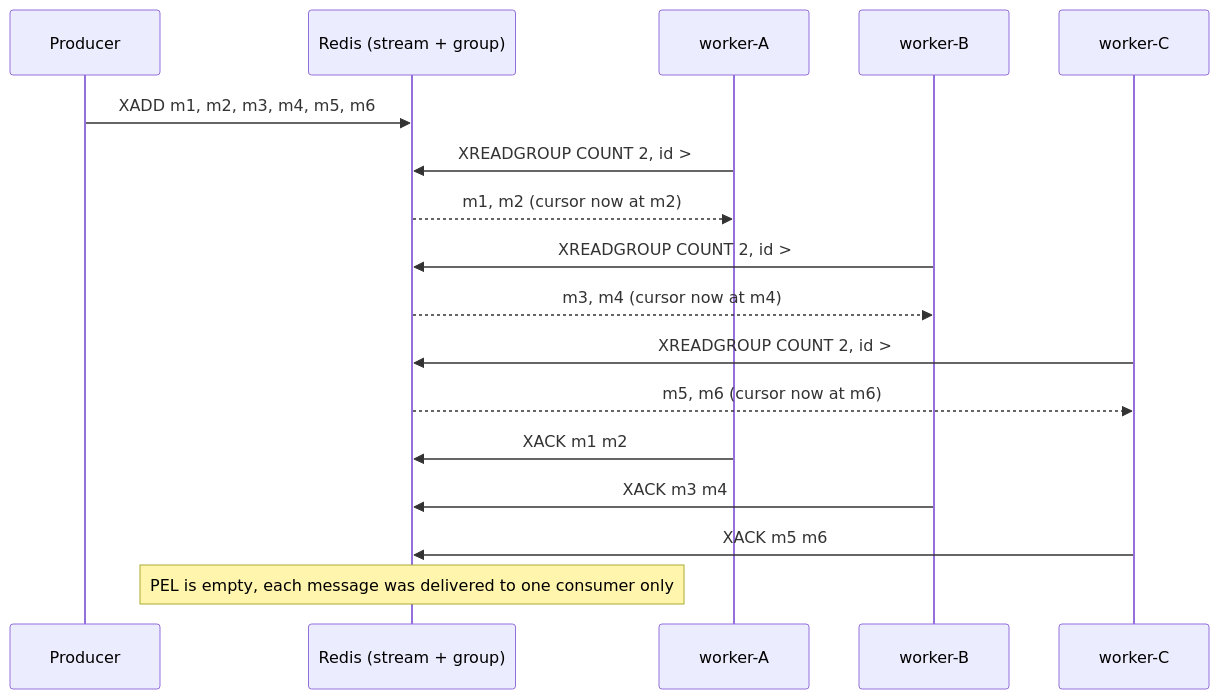
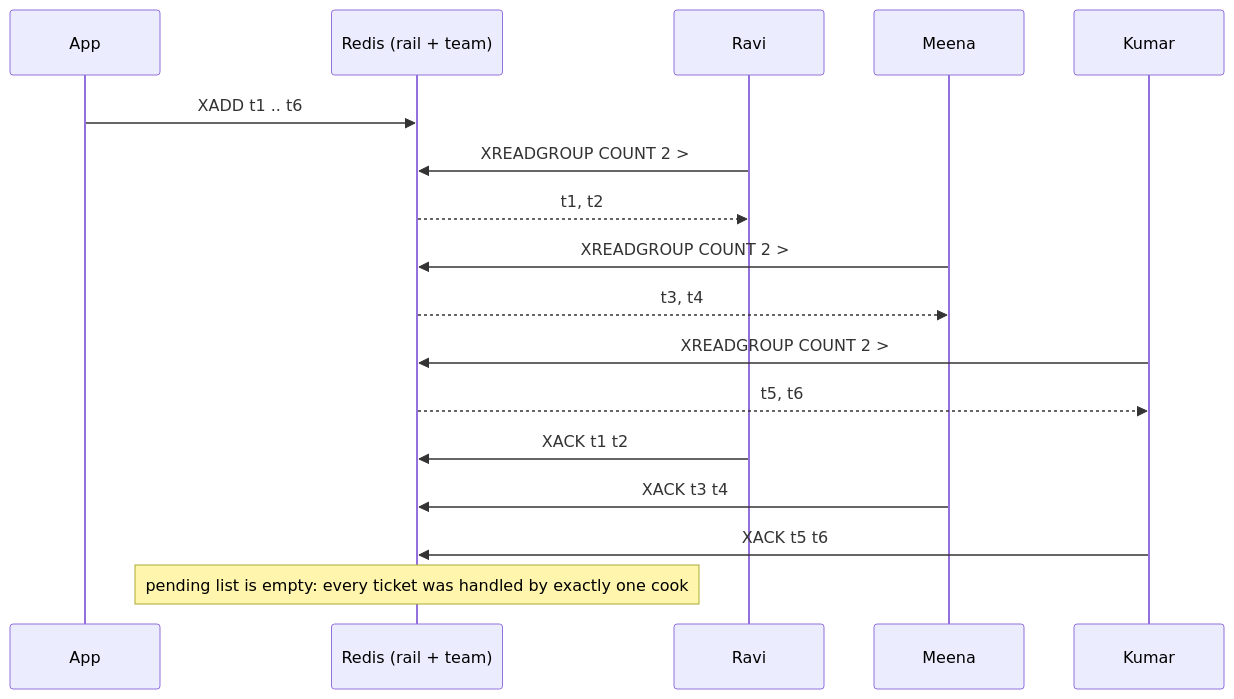
One commit to selvakumarperumal/Regulatory_Circular_Impact_Agent changed diagram 17 of 30 in redis.md. Above: the diagram before and after it, drawn with Mermaid. The commit also changed other lines of this file, not shown here.

````diff
--- a/redis.md
+++ b/redis.md
@@ -1135,19 +1691,19 @@
 ```mermaid
 sequenceDiagram
-    participant P as Producer
-    participant R as Redis (stream + group)
-    participant A as worker-A
-    participant B as worker-B
-    participant C as worker-C
-    P->>R: XADD m1, m2, m3, m4, m5, m6
-    A->>R: XREADGROUP COUNT 2, id >
-    R-->>A: m1, m2 (cursor now at m2)
-    B->>R: XREADGROUP COUNT 2, id >
-    R-->>B: m3, m4 (cursor now at m4)
-    C->>R: XREADGROUP COUNT 2, id >
-    R-->>C: m5, m6 (cursor now at m6)
-    A->>R: XACK m1 m2
-    B->>R: XACK m3 m4
-    C->>R: XACK m5 m6
-    Note over R: PEL is empty, each message was delivered to one consumer only
+    participant App
+    participant R as Redis (rail + team)
+    participant Ravi
+    participant Meena
+    participant Kumar
+    App->>R: XADD t1 .. t6
+    Ravi->>R: XREADGROUP COUNT 2 >
+    R-->>Ravi: t1, t2
+    Meena->>R: XREADGROUP COUNT 2 >
+    R-->>Meena: t3, t4
+    Kumar->>R: XREADGROUP COUNT 2 >
+    R-->>Kumar: t5, t6
+    Ravi->>R: XACK t1 t2
+    Meena->>R: XACK t3 t4
+    Kumar->>R: XACK t5 t6
+    Note over R: pending list is empty: every ticket was handled by exactly one cook
 ```
````
